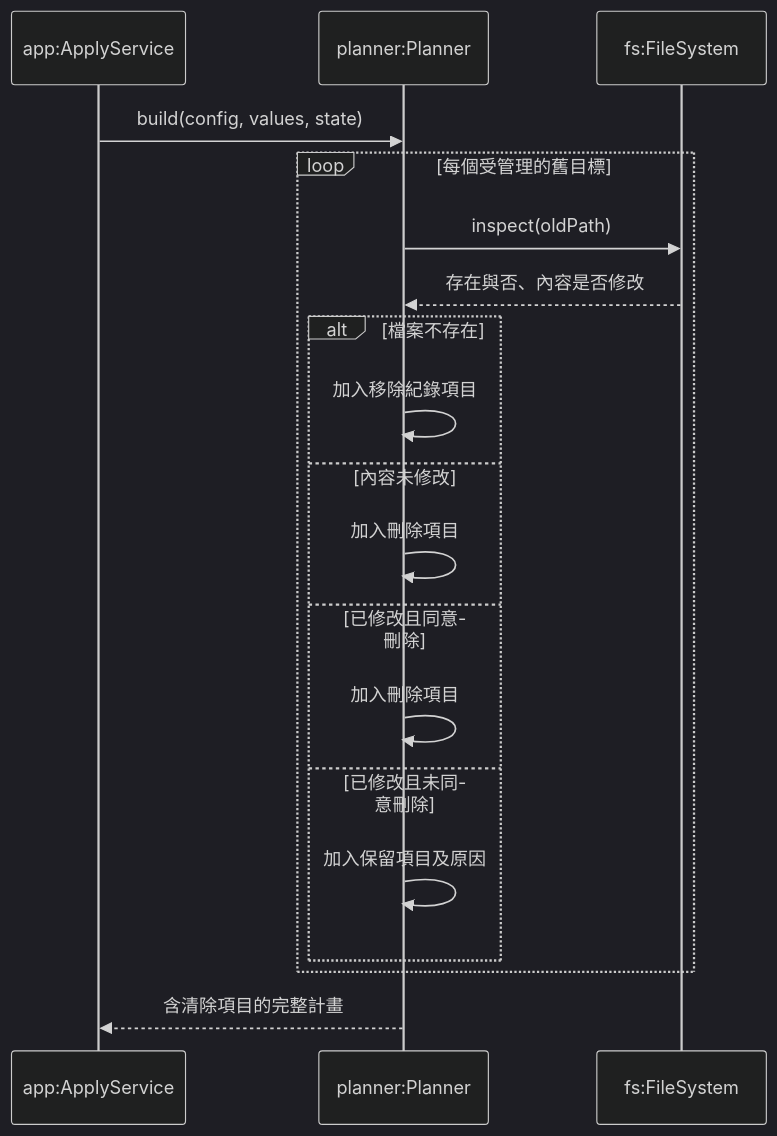
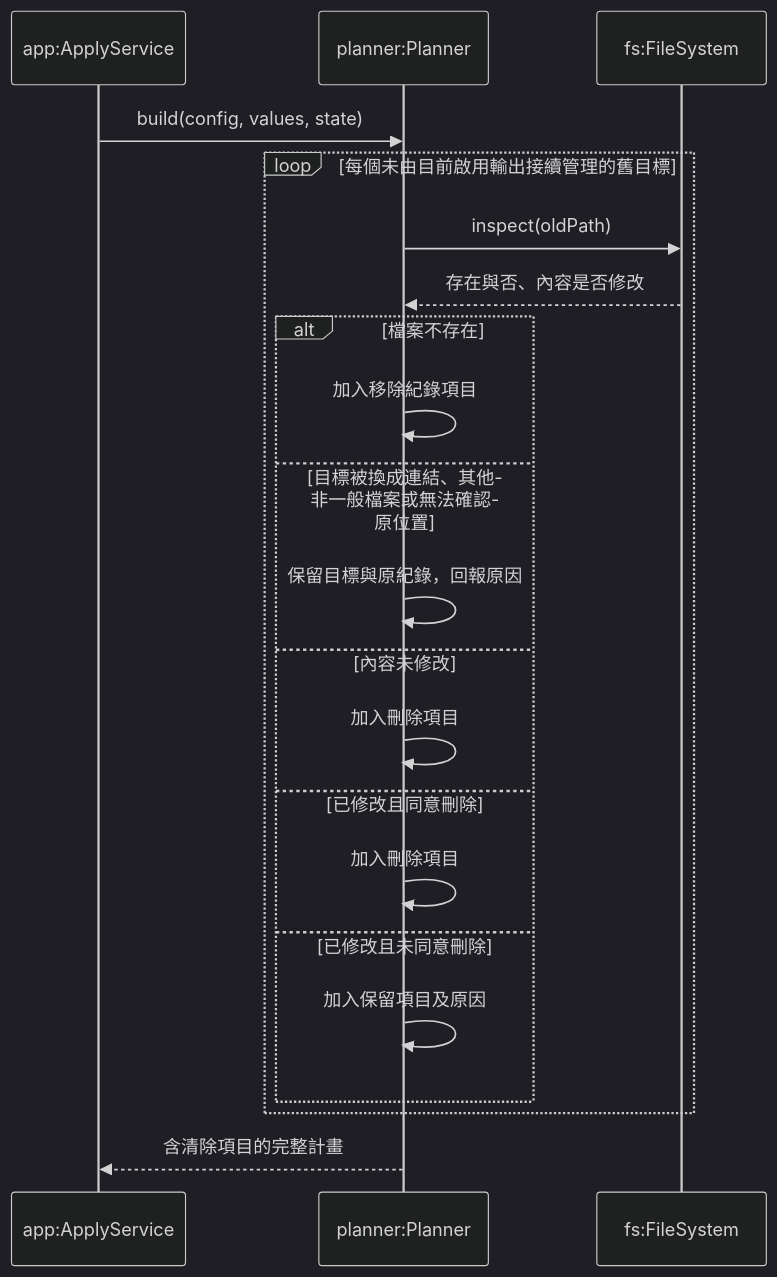
Before and after one commit to accidental-two-timer-sam-woof/rosamta-waterfall: the eighth of 10 diagrams in docs/03-preliminary-design/uml.md, drawn with Mermaid (dark theme). The commit also changed other lines of this file, not shown here.

Commit message:
docs(design): align preliminary UML with SRS 1.5

````diff
--- a/docs/03-preliminary-design/uml.md
+++ b/docs/03-preliminary-design/uml.md
@@ -516,21 +537,23 @@
 ```mermaid
 sequenceDiagram
     participant A as app:ApplyService
     participant P as planner:Planner
     participant F as fs:FileSystem
     A->>P: build(config, values, state)
-    loop 每個受管理的舊目標
+    loop 每個未由目前啟用輸出接續管理的舊目標
         P->>F: inspect(oldPath)
         F-->>P: 存在與否、內容是否修改
         alt 檔案不存在
             P->>P: 加入移除紀錄項目
+        else 目標被換成連結、其他非一般檔案或無法確認原位置
+            P->>P: 保留目標與原紀錄，回報原因
         else 內容未修改
             P->>P: 加入刪除項目
         else 已修改且同意刪除
             P->>P: 加入刪除項目
         else 已修改且未同意刪除
             P->>P: 加入保留項目及原因
         end
     end
     P-->>A: 含清除項目的完整計畫
 ```
````
